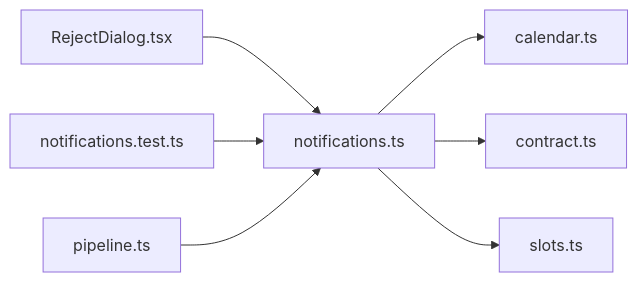
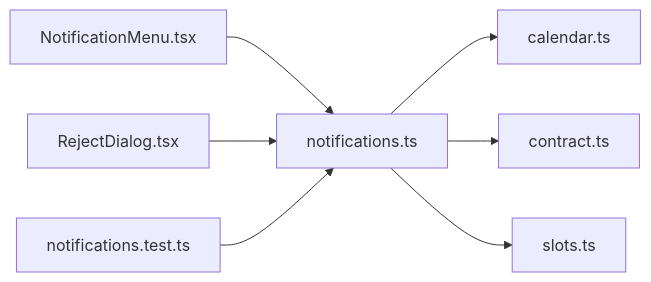
Before and after one commit to minkong-dev/Banblit: the diagram in .cluedoc/graph/frontend/src/lib/notifications.md, drawn with Mermaid. The commit also changed other lines of this file and 56 other files, not shown here.

Commit message:
frontend: import pure lib functions from their own files instead of through pipeline

````diff
--- a/.cluedoc/graph/frontend/src/lib/notifications.md
+++ b/.cluedoc/graph/frontend/src/lib/notifications.md
@@ -10,10 +10,10 @@
 ```mermaid
 flowchart LR
   frontend_src_lib_notifications["notifications.ts"]
   frontend_src_lib_notifications --> frontend_src_lib_calendar["calendar.ts"]
   frontend_src_lib_notifications --> frontend_src_lib_contract["contract.ts"]
   frontend_src_lib_notifications --> frontend_src_lib_slots["slots.ts"]
+  frontend_src_components_NotificationMenu["NotificationMenu.tsx"] --> frontend_src_lib_notifications
   frontend_src_components_RejectDialog["RejectDialog.tsx"] --> frontend_src_lib_notifications
   frontend_src_lib_notifications_test["notifications.test.ts"] --> frontend_src_lib_notifications
-  frontend_src_lib_pipeline["pipeline.ts"] --> frontend_src_lib_notifications
 ```
````
